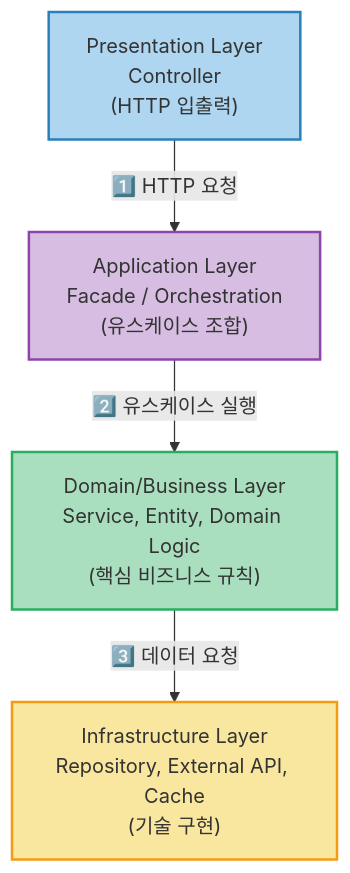
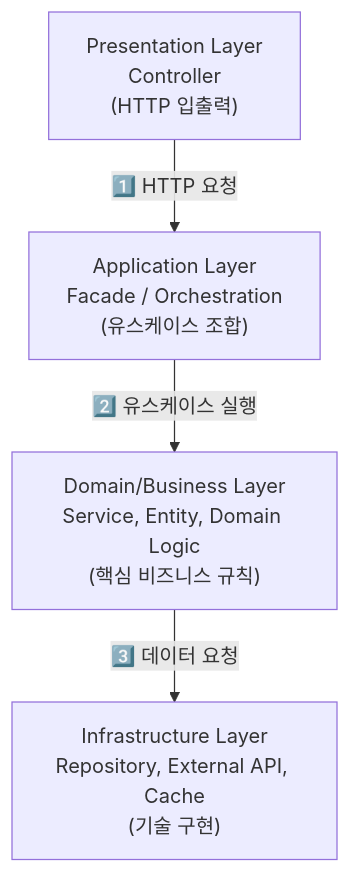
The second of 3 diagrams in _posts/architecture/2026-05-01-layered.md (yjkim2015/yjkim2015.github.io), drawn with Mermaid before and after one commit. The commit also changed other lines of this file and 215 other files, not shown here.

First line of the commit message:
신규 포스트 10개 추가 + Mermaid 전면 축소 + SystemDesign 시리즈 보강

````diff
--- a/_posts/architecture/2026-05-01-layered.md
+++ b/_posts/architecture/2026-05-01-layered.md
@@ -213,21 +202,10 @@
 ```mermaid
 graph TD
     P["Presentation Layer\nController\n(HTTP 입출력)"]
     A["Application Layer\nFacade / Orchestration\n(유스케이스 조합)"]
     B["Domain/Business Layer\nService, Entity, Domain Logic\n(핵심 비즈니스 규칙)"]
     Per["Infrastructure Layer\nRepository, External API, Cache\n(기술 구현)"]
-
     P -->|"1️⃣ HTTP 요청"| A
     A -->|"2️⃣ 유스케이스 실행"| B
     B -->|"3️⃣ 데이터 요청"| Per
-
-    classDef presentation fill:#AED6F1,stroke:#2980B9,stroke-width:2px
-    classDef application fill:#D7BDE2,stroke:#8E44AD,stroke-width:2px
-    classDef business fill:#A9DFBF,stroke:#27AE60,stroke-width:2px
-    classDef infra fill:#F9E79F,stroke:#F39C12,stroke-width:2px
-
-    class P presentation
-    class A application
-    class B business
-    class Per infra
 ```
````
